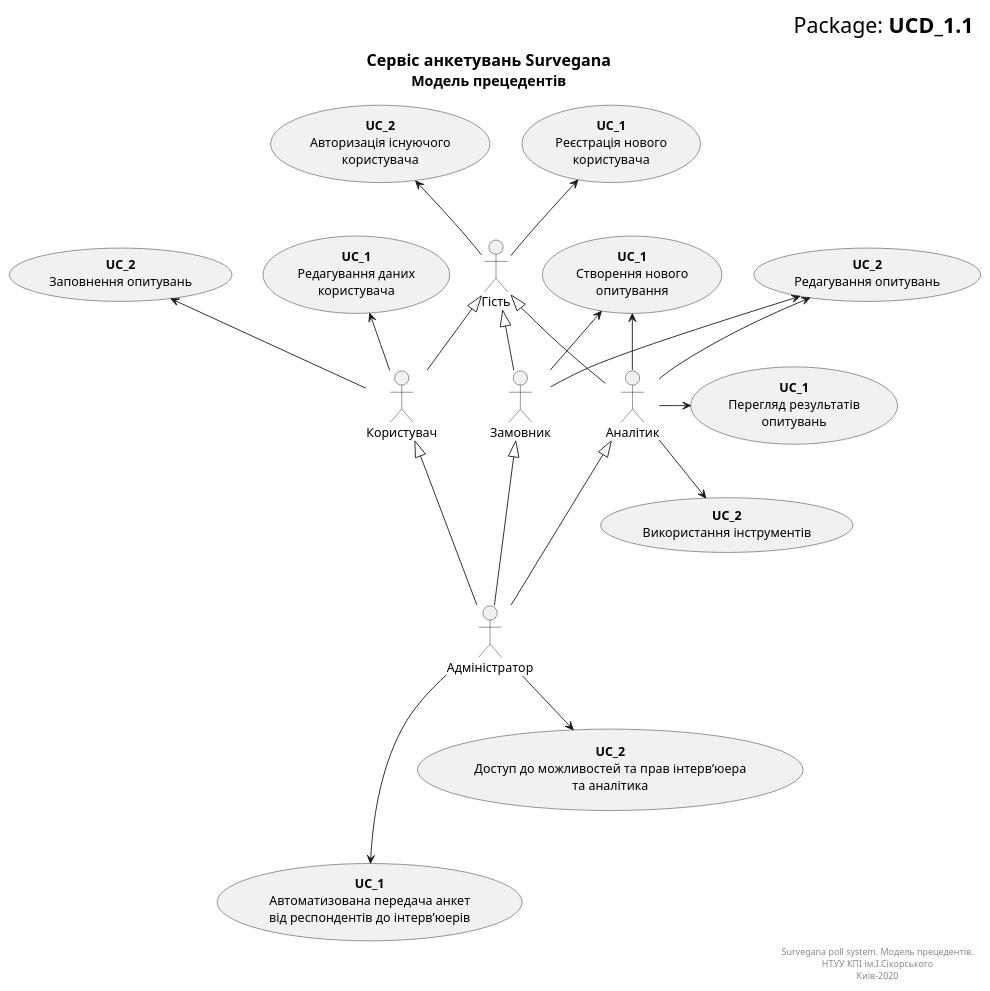
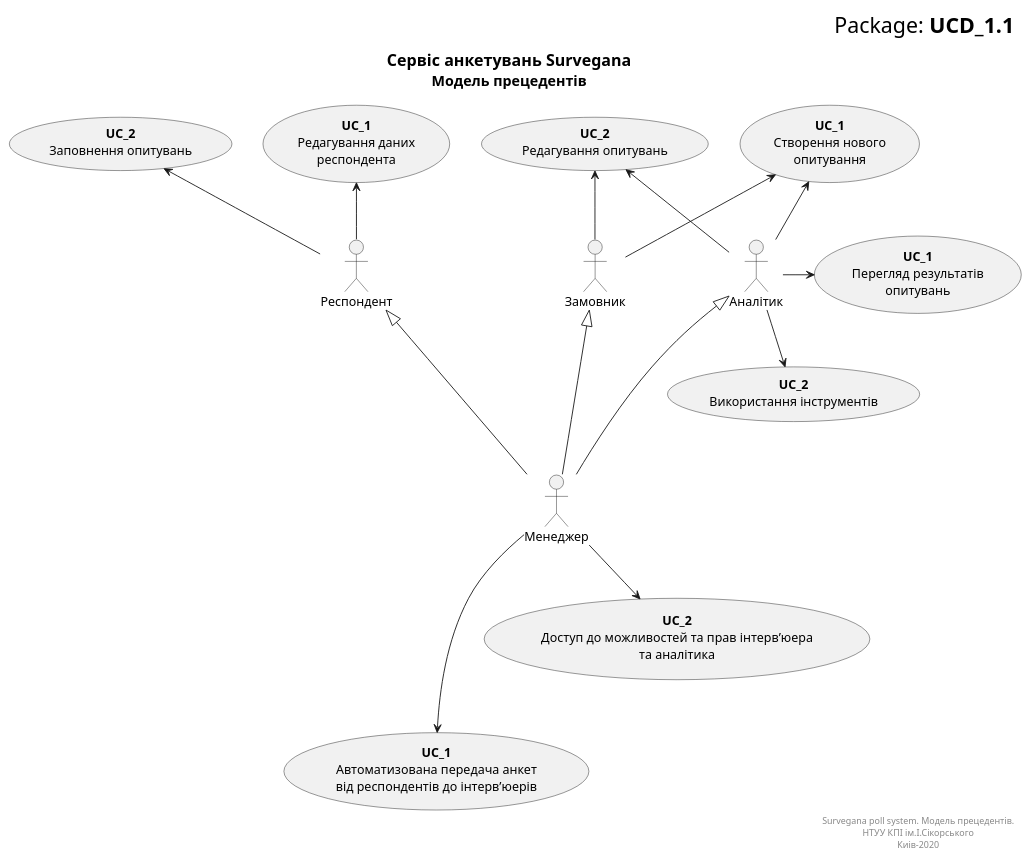
Before and after one commit to NothingIsMatter/database_basics_template: the diagram in src/uml/MainModel.puml, drawn with PlantUML. The commit also changed 1 other file, not shown here.

```diff
--- a/src/uml/MainModel.puml
+++ b/src/uml/MainModel.puml
@@ -1,70 +1,57 @@
 @startuml
 right header
 <font size=24 color=black>Package: <b>UCD_1.1
 end header
 
 title
 <font size=18 color=black>Сервіс анкетувань Survegana
 <font size=16 color=black>Модель прецедентів
 end title
 
-actor "Гість" as Guest
-actor "Користувач" as User
+actor "Респондент" as User
 actor "Аналітик" as Analyst
 actor "Замовник" as Customer
-actor "Адміністратор" as Admin
-
-' UCes for Guest:
-usecase "<b>UC_1</b>\nРеєстрація нового\nкористувача" as UC1_Guest
-usecase "<b>UC_2</b>\nАвторизація існуючого\nкористувача" as UC2_Guest
+actor "Менеджер" as Manager
 
 ' UCes for User:
-usecase "<b>UC_1</b>\nРедагування даних\nкористувача" as UC1_User
+usecase "<b>UC_1</b>\nРедагування даних\nреспондента" as UC1_User
 usecase "<b>UC_2</b>\nЗаповнення опитувань" as UC2_User
 
 ' UCes for Analyst:
 usecase "<b>UC_1</b>\nПерегляд результатів\nопитувань" as UC1_Analyst
 usecase "<b>UC_2</b>\nВикористання інструментів" as UC2_Analyst
 
-
 ' UCes for Customer:
 usecase "<b>UC_1</b>\nСтворення нового\nопитування" as UC1_Customer
 usecase "<b>UC_2</b>\nРедагування опитувань" as UC2_Customer
 
-' UCes for Admin:
-usecase "<b>UC_1</b>\nАвтоматизована передача анкет\nвід респондентів до інтерв’юерів" as UC1_Admin
-usecase "<b>UC_2</b>\nДоступ до можливостей та прав інтерв’юера\nта аналітика" as UC2_Admin
+' UCes for Manager:
+usecase "<b>UC_1</b>\nАвтоматизована передача анкет\nвід респондентів до інтерв’юерів" as UC1_Manager
+usecase "<b>UC_2</b>\nДоступ до можливостей та прав інтерв’юера\nта аналітика" as UC2_Manager
 
 ' Actors connections
-User -u-|> Guest
-Customer -u-|> Guest
-Analyst -u-|> Guest
 
-Admin -u--|> User
-Admin -u--|> Customer
-Admin -u--|> Analyst
-
-' UCes connectios
-Guest -u-> UC1_Guest
-Guest -u-> UC2_Guest
+Manager -u--|> User
+Manager -u--|> Customer
+Manager -u--|> Analyst
 
 User -u-> UC1_User
 User -u-> UC2_User
 
 Analyst -r-> UC1_Analyst
 Analyst -d-> UC2_Analyst
 Analyst -u-> UC1_Customer
 Analyst -u-> UC2_Customer
 
 Customer -u-> UC1_Customer
 Customer -u-> UC2_Customer
 
-Admin -d--> UC1_Admin
-Admin -d-> UC2_Admin
+Manager -d--> UC1_Manager
+Manager -d-> UC2_Manager
 
 right footer
 Survegana poll system. Модель прецедентів.
 НТУУ КПІ ім.І.Сікорського
 Киів-2020
 end footer
 @enduml
```
